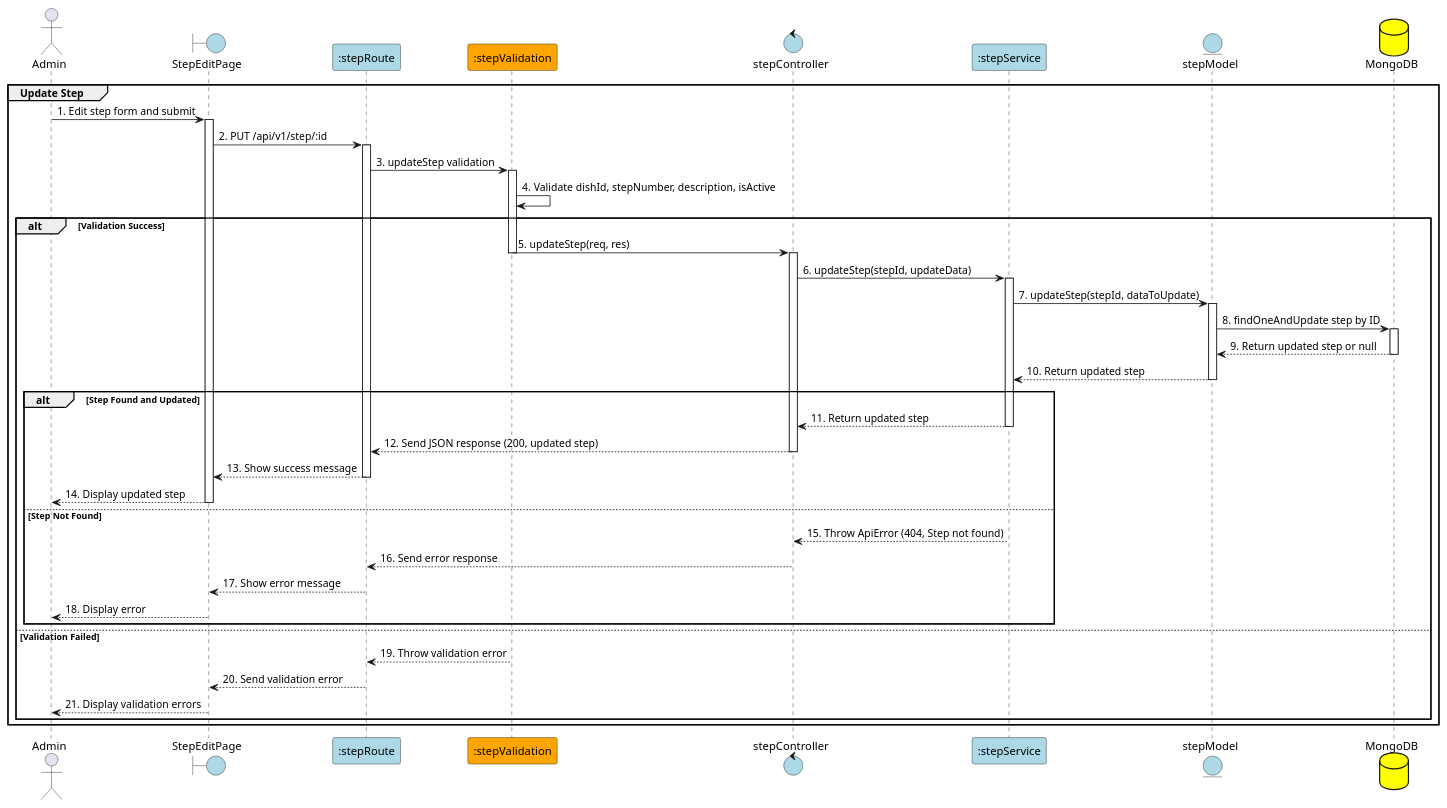
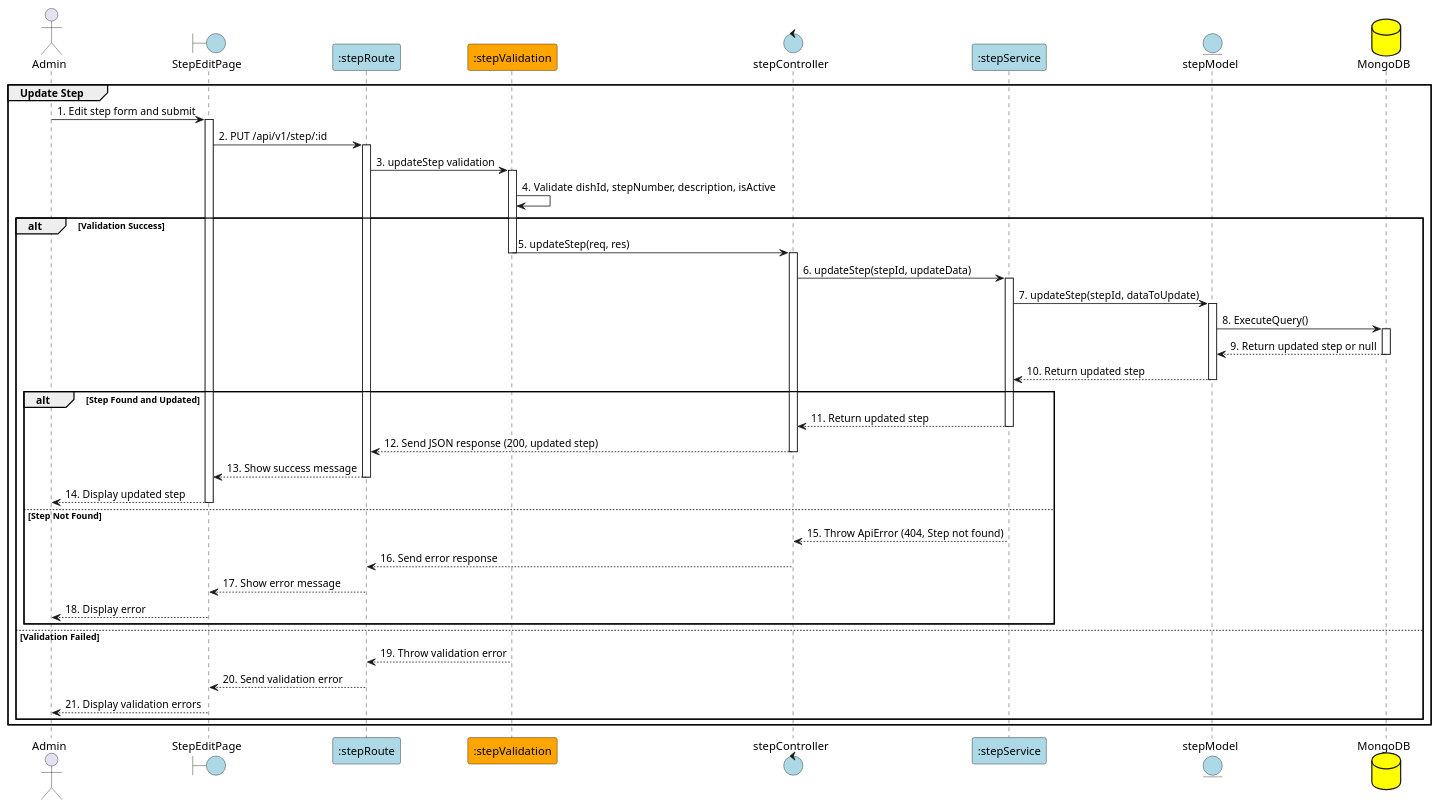
One commit to Aohkne/CaloCook changed the diagram in PlanUML/34_UpdateStep.puml. Above: the diagram before and after it, drawn with PlantUML. The commit also changed 11 other files, not shown here.

```diff
--- a/PlanUML/34_UpdateStep.puml
+++ b/PlanUML/34_UpdateStep.puml
@@ -1,70 +1,70 @@
 @startuml UpdateStep
 
 actor "Admin" as Admin
 boundary "StepEditPage" as View #lightblue
 participant ":stepRoute" as Route #lightblue
 participant ":stepValidation" as Validation #orange
 control "stepController" as Controller #lightblue
 participant ":stepService" as Service #lightblue
 entity "stepModel" as Model #lightblue
 database "MongoDB" as MongoDB #yellow
 
 group Update Step
 Admin -> View: 1. Edit step form and submit
 activate View
 View -> Route: 2. PUT /api/v1/step/:id
 activate Route
 
 Route -> Validation: 3. updateStep validation
 activate Validation
 
 Validation -> Validation: 4. Validate dishId, stepNumber, description, isActive
 alt Validation Success
     Validation -> Controller: 5. updateStep(req, res)
     deactivate Validation
     activate Controller
 
     Controller -> Service: 6. updateStep(stepId, updateData)
     activate Service
 
     Service -> Model: 7. updateStep(stepId, dataToUpdate)
     activate Model
 
-    Model -> MongoDB: 8. findOneAndUpdate step by ID
+    Model -> MongoDB: 8. ExecuteQuery()
     activate MongoDB
 
     MongoDB --> Model: 9. Return updated step or null
     deactivate MongoDB
 
     Model --> Service: 10. Return updated step
     deactivate Model
 
     alt Step Found and Updated
         Service --> Controller: 11. Return updated step
         deactivate Service
 
         Controller --> Route: 12. Send JSON response (200, updated step)
         deactivate Controller
 
         Route --> View: 13. Show success message
         deactivate Route
 
         View --> Admin: 14. Display updated step
         deactivate View
 
     else Step Not Found
         Service --> Controller: 15. Throw ApiError (404, Step not found)
         Controller --> Route: 16. Send error response
         Route --> View: 17. Show error message
         View --> Admin: 18. Display error
     end
 
 else Validation Failed
     Validation --> Route: 19. Throw validation error
     deactivate Validation
     Route --> View: 20. Send validation error
     View --> Admin: 21. Display validation errors
 end
 end
 
 @enduml
```
